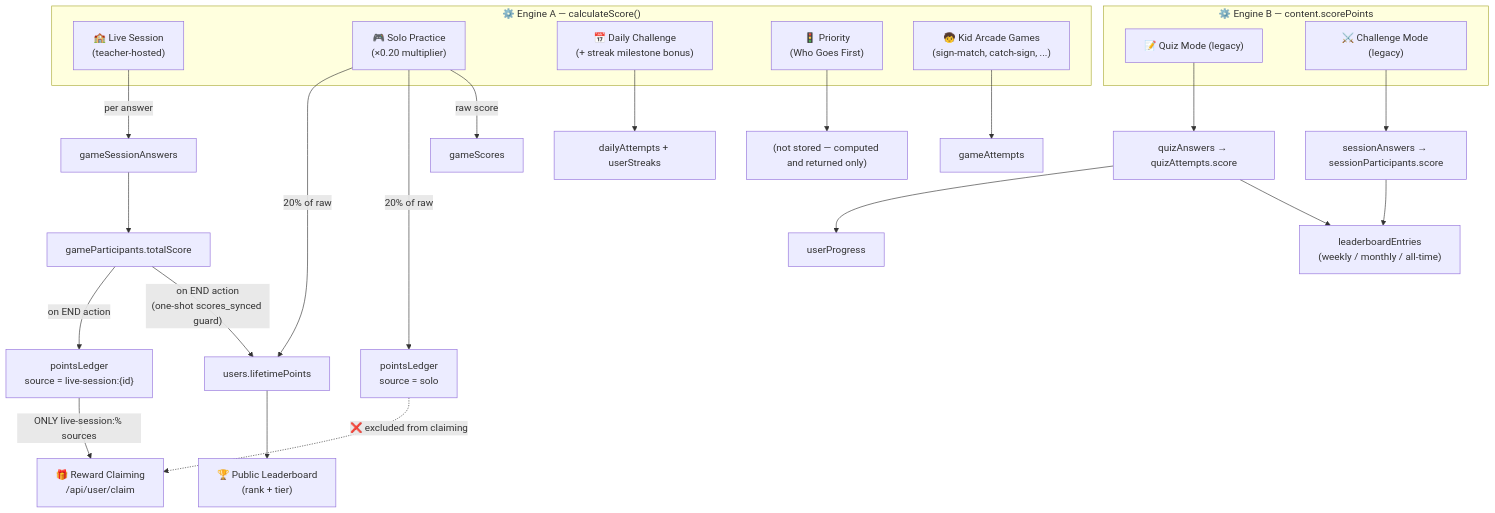
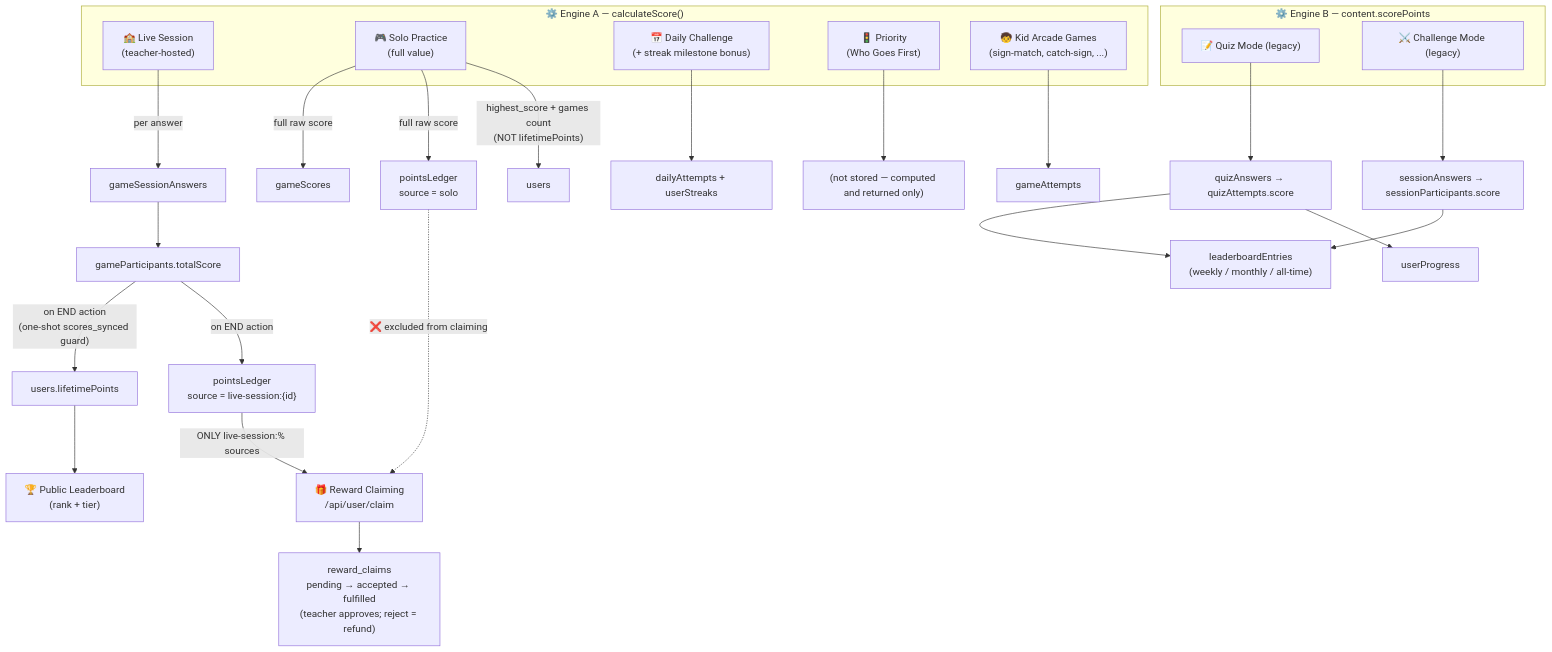
The second of 3 diagrams in README.md (shiliaiwei/kesararam-with-digital), drawn with Mermaid before and after one commit. The commit also changed other lines of this file, not shown here.

First line of the commit message:
docs(readme): update Score & Points System to the Kahoot-scale model

````diff
--- a/README.md
+++ b/README.md
@@ -137,38 +138,39 @@
 ```mermaid
 flowchart TD
     subgraph ENGINE_A["⚙️ Engine A — calculateScore()"]
         LIVE["🏫 Live Session<br/>(teacher-hosted)"]
-        SOLO["🎮 Solo Practice<br/>(×0.20 multiplier)"]
+        SOLO["🎮 Solo Practice<br/>(full value)"]
         DAILY["📅 Daily Challenge<br/>(+ streak milestone bonus)"]
         PRIO["🚦 Priority<br/>(Who Goes First)"]
         KID["🧒 Kid Arcade Games<br/>(sign-match, catch-sign, ...)"]
     end
 
     subgraph ENGINE_B["⚙️ Engine B — content.scorePoints"]
         QUIZ["📝 Quiz Mode (legacy)"]
         CHAL["⚔️ Challenge Mode (legacy)"]
     end
 
     LIVE -->|"per answer"| GSA["gameSessionAnswers"]
     GSA --> GP["gameParticipants.totalScore"]
     GP -->|"on END action<br/>(one-shot scores_synced guard)"| LP["users.lifetimePoints"]
     GP -->|"on END action"| PL["pointsLedger<br/>source = live-session:{id}"]
 
-    SOLO -->|"raw score"| GS["gameScores"]
-    SOLO -->|"20% of raw"| PL2["pointsLedger<br/>source = solo"]
-    SOLO -->|"20% of raw"| LP
+    SOLO -->|"full raw score"| GS["gameScores"]
+    SOLO -->|"full raw score"| PL2["pointsLedger<br/>source = solo"]
+    SOLO -->|"highest_score + games count<br/>(NOT lifetimePoints)"| UPROF["users"]
 
     DAILY --> DA["dailyAttempts + userStreaks"]
     PRIO --> NOTHING["(not stored — computed and returned only)"]
     KID --> GA["gameAttempts"]
 
     QUIZ --> QA["quizAnswers → quizAttempts.score"]
     QA --> LB["leaderboardEntries<br/>(weekly / monthly / all-time)"]
     QA --> UP["userProgress"]
     CHAL --> SA["sessionAnswers → sessionParticipants.score"]
     SA --> LB
 
     LP --> PUBLIC["🏆 Public Leaderboard<br/>(rank + tier)"]
     PL -->|"ONLY live-session:% sources"| CLAIM["🎁 Reward Claiming<br/>/api/user/claim"]
     PL2 -.->|"❌ excluded from claiming"| CLAIM
+    CLAIM --> RC["reward_claims<br/>pending → accepted → fulfilled<br/>(teacher approves; reject = refund)"]
 ```
````
